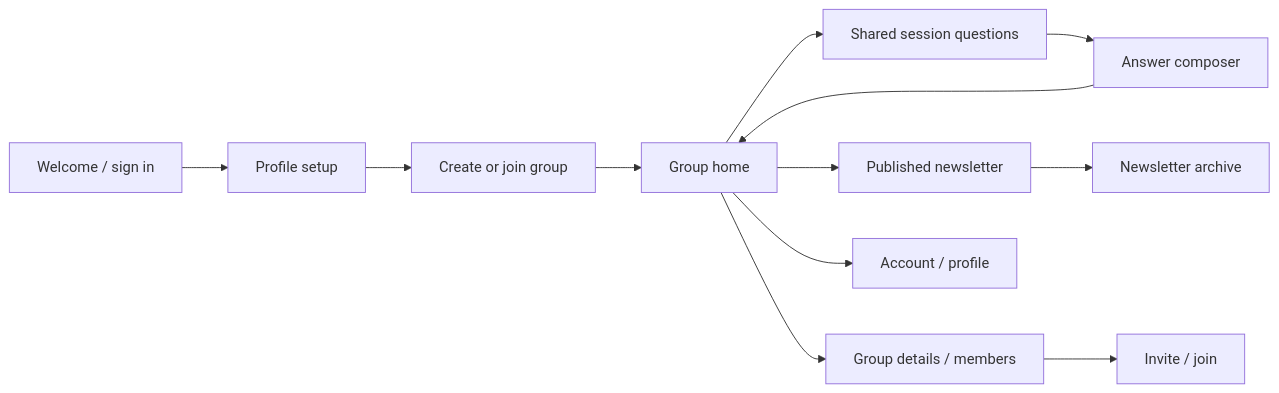
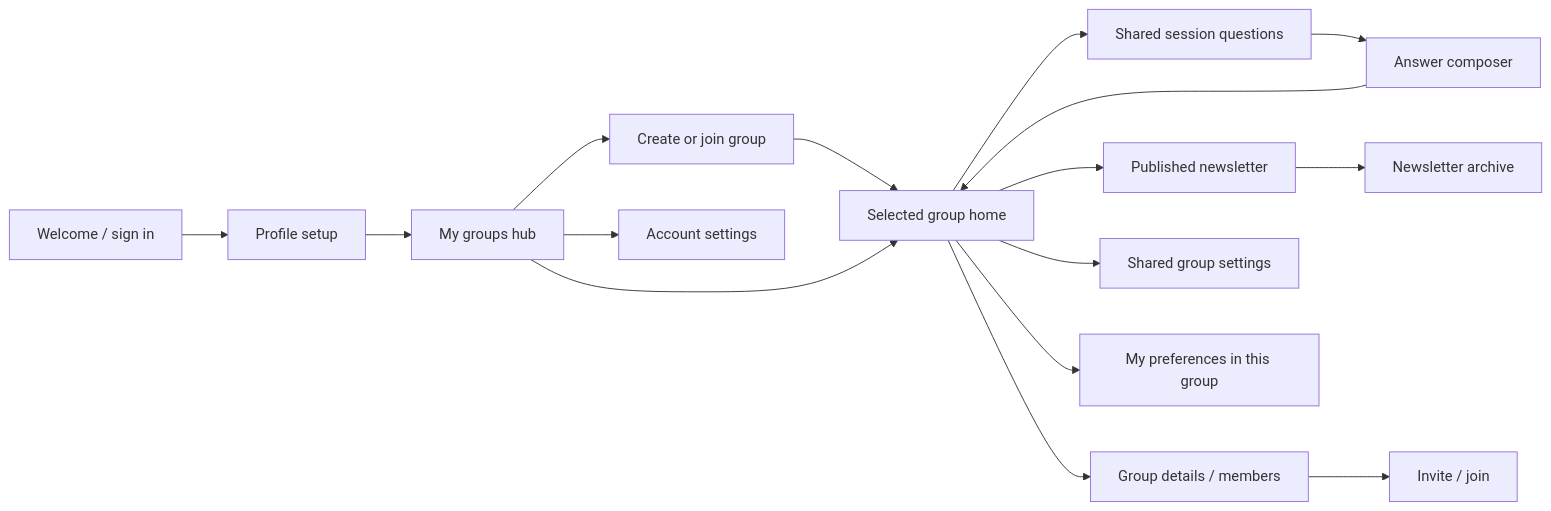
One commit to arkrusade/letterbox changed the third of 3 diagrams in DESIGN.md. Above: the diagram before and after it, drawn with Mermaid. The commit also changed other lines of this file and 13 other files, not shown here.

````diff
--- a/DESIGN.md
+++ b/DESIGN.md
@@ -117,14 +247,18 @@
 ```mermaid
 flowchart LR
   W[Welcome / sign in] --> O[Profile setup]
-  O --> G[Create or join group]
-  G --> H[Group home]
+  O --> GH[My groups hub]
+  GH --> G[Create or join group]
+  G --> H[Selected group home]
+  GH --> H
   H --> Q[Shared session questions]
   Q --> A[Answer composer]
   A --> H
   H --> N[Published newsletter]
   N --> AR[Newsletter archive]
   H --> D[Group details / members]
   D --> I[Invite / join]
-  H --> P[Account / profile]
+  GH --> P[Account settings]
+  H --> GS[Shared group settings]
+  H --> MP[My preferences in this group]
 ```
````
